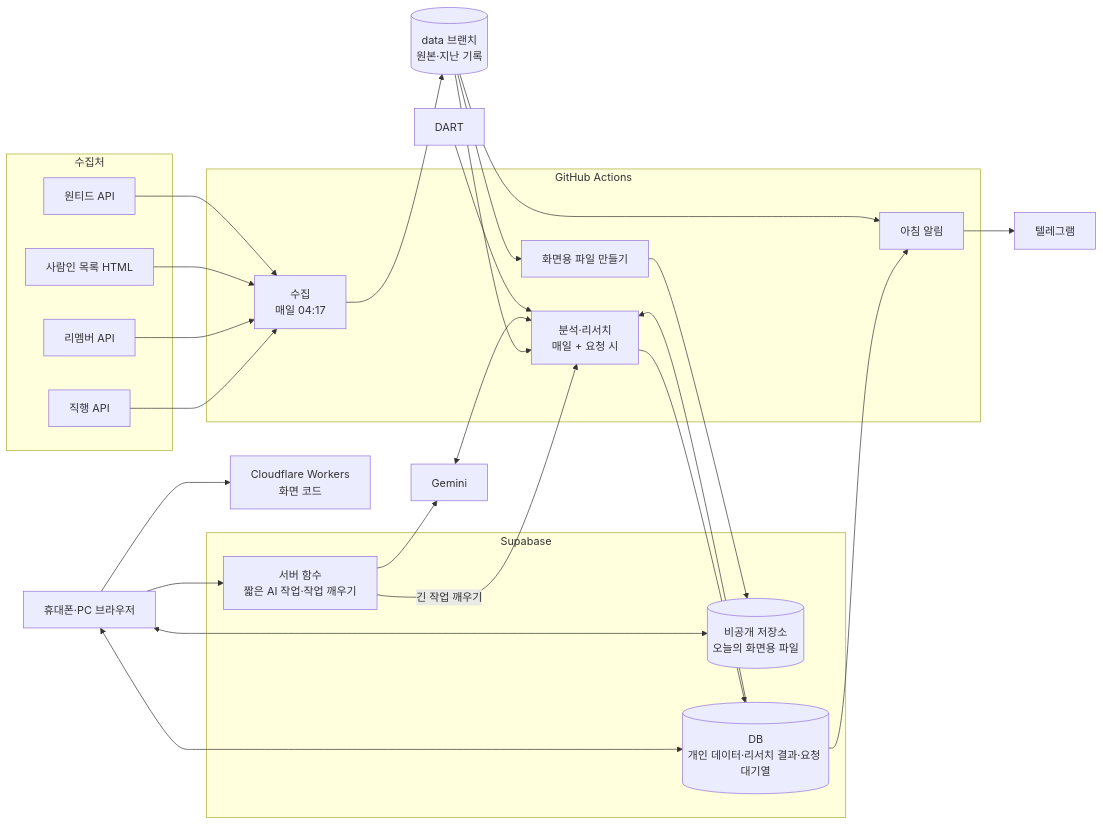
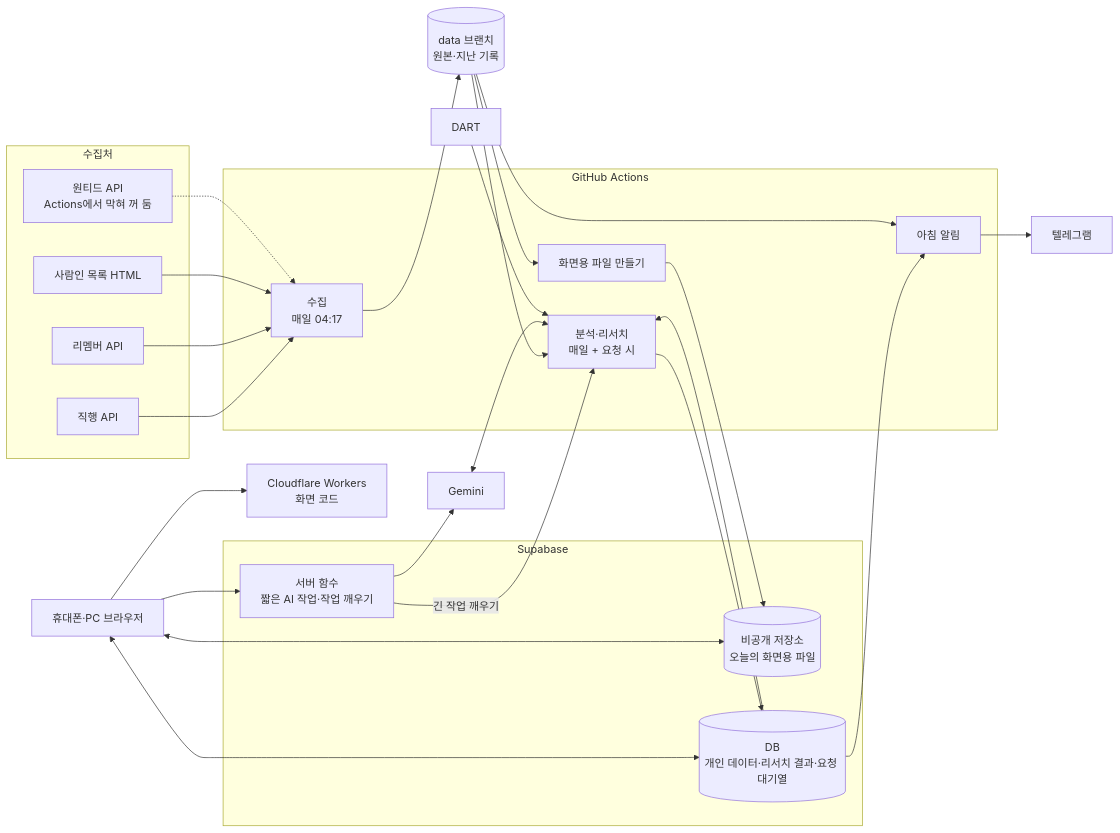
Before and after one commit to GIT-SUNGWONCHO/job_posting: the diagram in docs/architecture.md, drawn with Mermaid. The commit also changed 6 other files, not shown here.

````diff
--- a/docs/architecture.md
+++ b/docs/architecture.md
@@ -9,47 +9,47 @@
 ```mermaid
 flowchart LR
   subgraph 수집처
     Z[직행 API]
     R[리멤버 API]
     S[사람인 목록 HTML]
-    W[원티드 API]
+    W[원티드 API<br/>Actions에서 막혀 꺼 둠]
   end
   subgraph GitHub Actions
     C[수집<br/>매일 04:17]
     A[분석·리서치<br/>매일 + 요청 시]
     B[화면용 파일 만들기]
     K[아침 알림]
   end
   D[(data 브랜치<br/>원본·지난 기록)]
   subgraph Supabase
     ST[(비공개 저장소<br/>오늘의 화면용 파일)]
     DB[(DB<br/>개인 데이터·리서치 결과·요청 대기열)]
     F[서버 함수<br/>짧은 AI 작업·작업 깨우기]
   end
   G[Gemini]
   DART[DART]
   P[Cloudflare Workers<br/>화면 코드]
   U[휴대폰·PC 브라우저]
   KT[텔레그램]
 
   Z --> C
   R --> C
   S --> C
-  W --> C
+  W -.-> C
   C --> D
   D --> A
   DB --> A
   G <--> A
   DART --> A
   A --> DB
   D --> B --> ST
   U --> P
   U <--> ST
   U <--> DB
   U --> F
   F --> G
   F -- 긴 작업 깨우기 --> A
   DB --> K
   D --> K
   K --> KT
 ```
````
